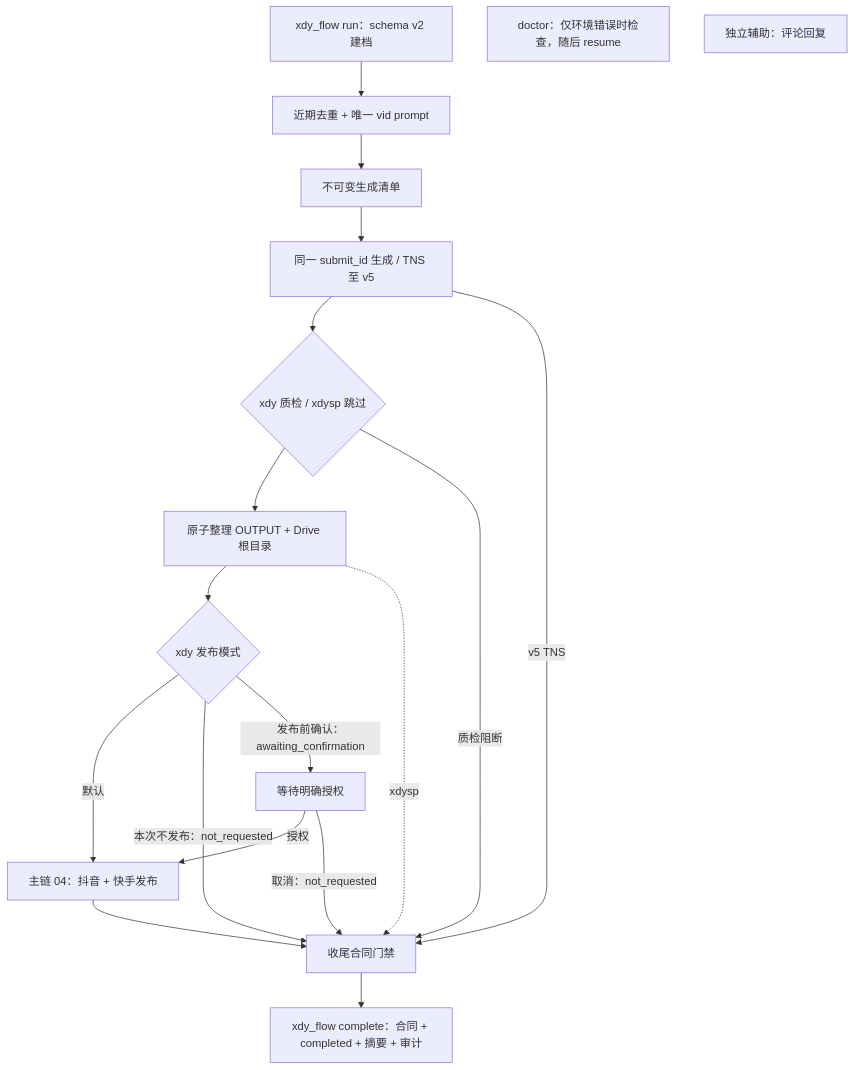
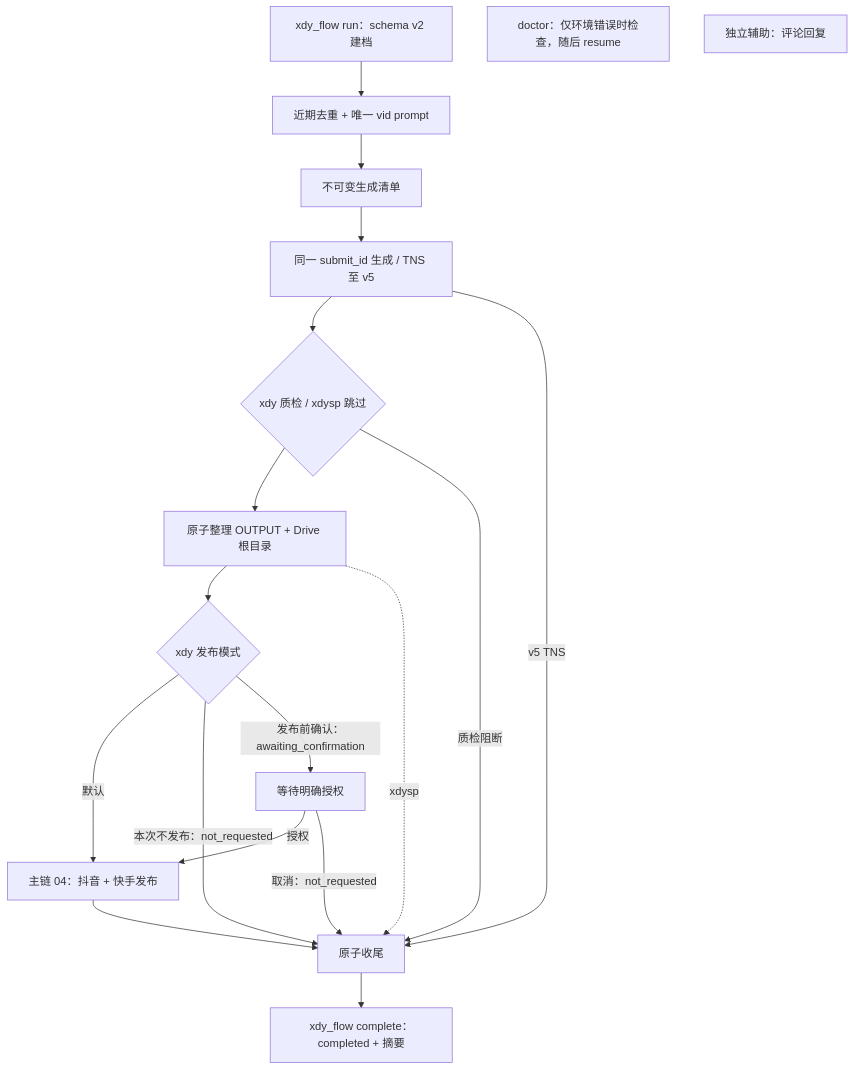
The diagram in README.md (xsddpx/dy), drawn with Mermaid before and after one commit. The commit also changed 10 other files, not shown here.

````diff
--- a/README.md
+++ b/README.md
@@ -6,21 +6,21 @@
 ```mermaid
 flowchart TD
   A["xdy_flow run：schema v2 建档"] --> C["近期去重 + 唯一 vid prompt"]
   C --> P["不可变生成清单"]
   P --> D["同一 submit_id 生成 / TNS 至 v5"]
   D --> Q{"xdy 质检 / xdysp 跳过"}
   Q --> U["原子整理 OUTPUT + Drive 根目录"]
   U --> G{"xdy 发布模式"}
   G -- "默认" --> E["主链 04：抖音 + 快手发布"]
-  G -- "本次不发布：not_requested" --> F["收尾合同门禁"]
+  G -- "本次不发布：not_requested" --> F["原子收尾"]
   G -- "发布前确认：awaiting_confirmation" --> H["等待明确授权"]
   H -- "授权" --> E
   H -- "取消：not_requested" --> F
   E --> F
   U -. "xdysp" .-> F
   D -- "v5 TNS" --> F
   Q -- "质检阻断" --> F
-  F --> R["xdy_flow complete：合同 + completed + 摘要 + 审计"]
+  F --> R["xdy_flow complete：completed + 摘要"]
   X["doctor：仅环境错误时检查，随后 resume"]
   Y["独立辅助：评论回复"]
 ```
````
